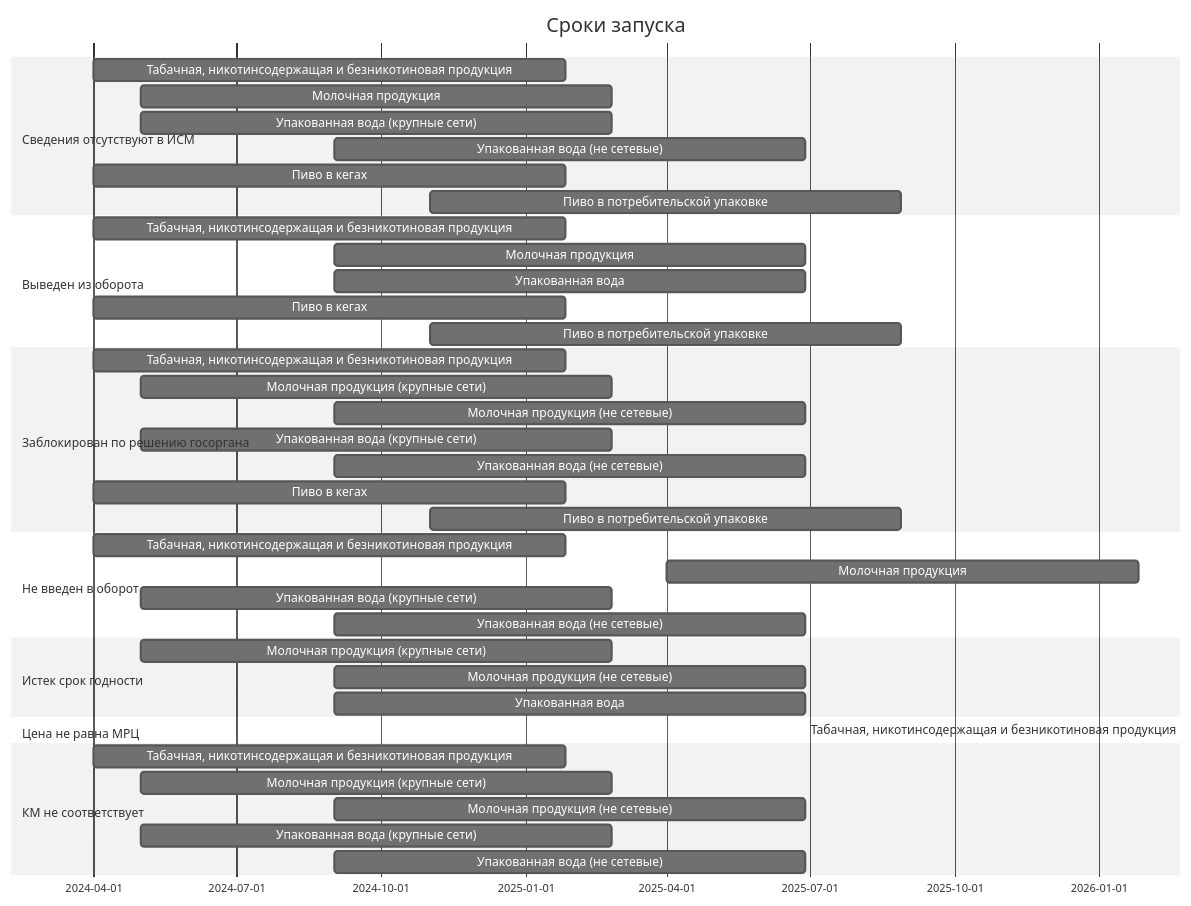
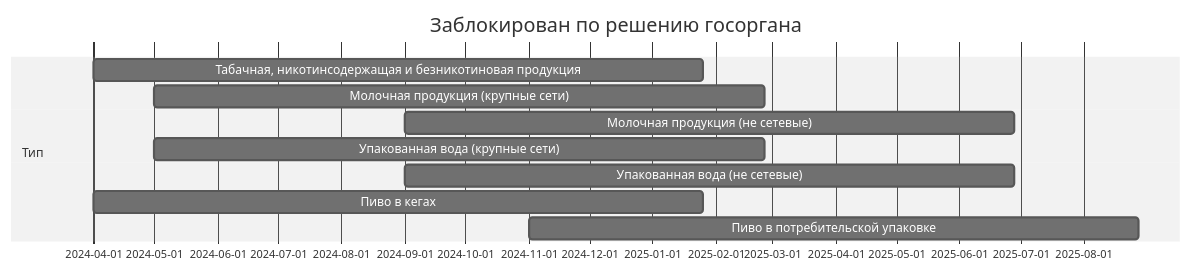
The third of 7 diagrams in imark/ppr1944.md (itidasoft/wiki), drawn with Mermaid (neutral theme) before and after one commit. The commit also changed other lines of this file, not shown here.

Commit message:
docs: update imark/ppr1944

````diff
--- a/imark/ppr1944.md
+++ b/imark/ppr1944.md
@@ -195,50 +221,13 @@
 ```mermaid
 gantt
-	title Сроки запуска
+	title Заблокирован по решению госоргана
   dateFormat DD-MM-YYYY
-  section Сведения отсутствуют в ИСМ
-  	Табачная, никотинсодержащая и безникотиновая продукция          :a1, 01-04-2024, 300d
-    Молочная продукция    :a2, 01-05-2024, 300d
-    Упакованная вода (крупные сети)   :a3, 01-05-2024, 300d
-    Упакованная вода (не сетевые)   :a4, 01-09-2024, 300d
-    Пиво в кегах       :a5, 01-04-2024, 300d
-    Пиво в потребительской упаковке       :a6, 01-11-2024, 300d
-    
-  section Выведен из оборота
-  	Табачная, никотинсодержащая и безникотиновая продукция          :a1, 01-04-2024, 300d
-    Молочная продукция    :a2, 01-09-2024, 300d
-    Упакованная вода   :a3, 01-09-2024, 300d
-    Пиво в кегах       :a4, 01-04-2024, 300d
-    Пиво в потребительской упаковке       :a5, 01-11-2024, 300d
-    
-  section Заблокирован по решению госоргана
+  section Тип  
   	Табачная, никотинсодержащая и безникотиновая продукция          :a1, 01-04-2024, 300d
     Молочная продукция (крупные сети)    :a2, 01-05-2024, 300d
     Молочная продукция (не сетевые)    :a3, 01-09-2024, 300d
     Упакованная вода (крупные сети)   :a4, 01-05-2024, 300d
     Упакованная вода (не сетевые)   :a5, 01-09-2024, 300d
     Пиво в кегах       :a6, 01-04-2024, 300d
     Пиво в потребительской упаковке       :a7, 01-11-2024, 300d
-    
-  section Не введен в оборот
-  	Табачная, никотинсодержащая и безникотиновая продукция          :a1, 01-04-2024, 300d
-    Молочная продукция    :a2, 01-04-2025, 300d
-    Упакованная вода (крупные сети)   :a3, 01-05-2024, 300d
-    Упакованная вода (не сетевые)   :a4, 01-09-2024, 300d
-    
-  section Истек срок годности
-  	Молочная продукция (крупные сети)    :a1, 01-05-2024, 300d
-    Молочная продукция (не сетевые)    :a2, 01-09-2024, 300d
-    Упакованная вода   :a3, 01-09-2024, 300d
-    
-  section Цена не равна МРЦ
-  	Табачная, никотинсодержащая и безникотиновая продукция          :a1
-    
-  section КМ не соответствует
-  	Табачная, никотинсодержащая и безникотиновая продукция          :a1, 01-04-2024, 300d
-    Молочная продукция (крупные сети)    :a2, 01-05-2024, 300d
-    Молочная продукция (не сетевые)    :a3, 01-09-2024, 300d
-    Упакованная вода (крупные сети)   :a4, 01-05-2024, 300d
-    Упакованная вода (не сетевые)   :a5, 01-09-2024, 300d
-    
 ```
````
